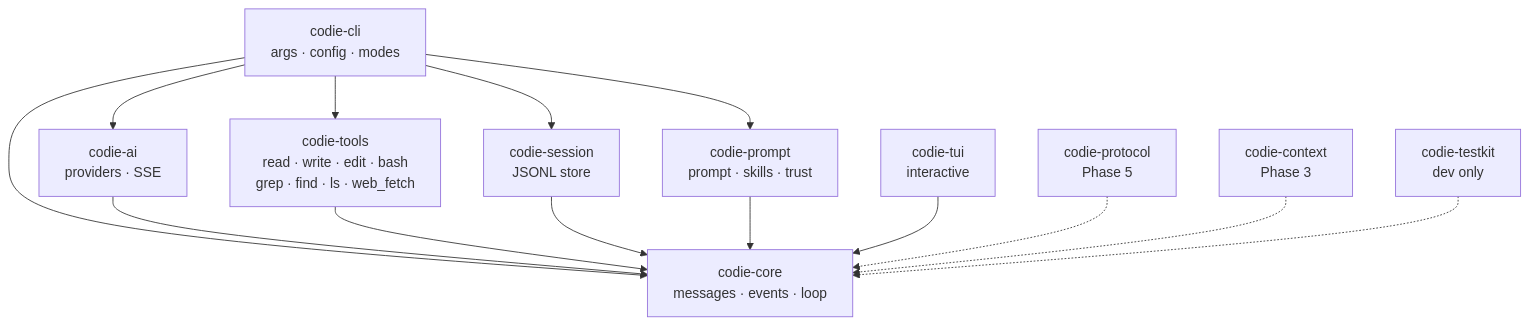
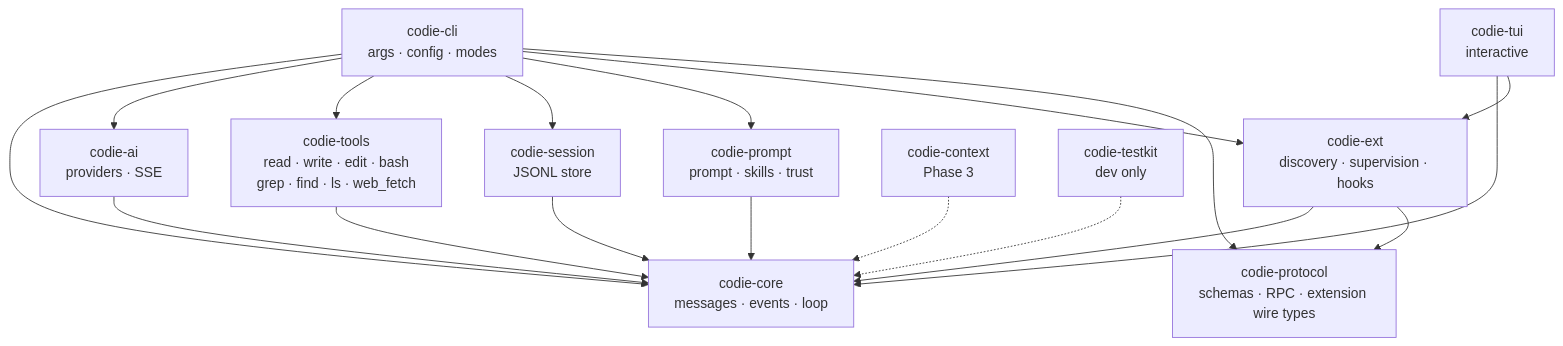
The diagram in docs/src/architecture.md (amardeepio/codie), drawn with Mermaid before and after one commit. The commit also changed other lines of this file and 70 other files, not shown here.

````diff
--- a/docs/src/architecture.md
+++ b/docs/src/architecture.md
@@ -11,31 +11,36 @@
 ```mermaid
 flowchart TD
     CLI["codie-cli<br/>args · config · modes"]
 
     CORE["codie-core<br/>messages · events · loop"]
     AI["codie-ai<br/>providers · SSE"]
     TOOLS["codie-tools<br/>read · write · edit · bash<br/>grep · find · ls · web_fetch"]
     SESSION["codie-session<br/>JSONL store"]
     PROMPT["codie-prompt<br/>prompt · skills · trust"]
 
     TUI["codie-tui<br/>interactive"]
-    PROTO["codie-protocol<br/>Phase 5"]
+    PROTO["codie-protocol<br/>schemas · RPC · extension wire types"]
+    EXT["codie-ext<br/>discovery · supervision · hooks"]
     CONTEXT["codie-context<br/>Phase 3"]
 
     CLI --> CORE
     CLI --> AI
     CLI --> TOOLS
     CLI --> SESSION
     CLI --> PROMPT
+    CLI --> EXT
+    CLI --> PROTO
 
     AI --> CORE
     TOOLS --> CORE
     SESSION --> CORE
     PROMPT --> CORE
+    EXT --> CORE
+    EXT --> PROTO
 
     TUI --> CORE
-    PROTO -.-> CORE
+    TUI --> EXT
     CONTEXT -.-> CORE
 
     TESTKIT["codie-testkit<br/>dev only"] -.-> CORE
 ```
````
